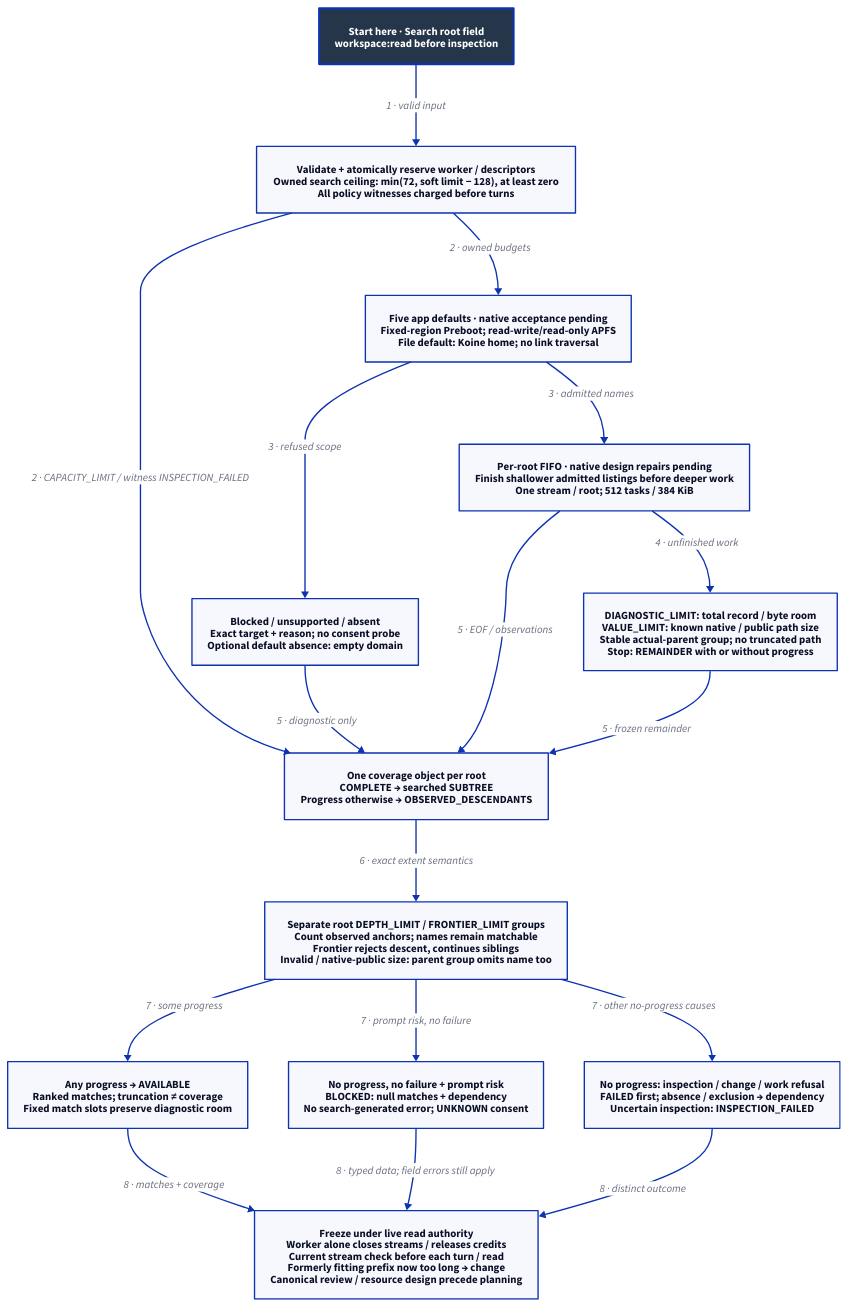
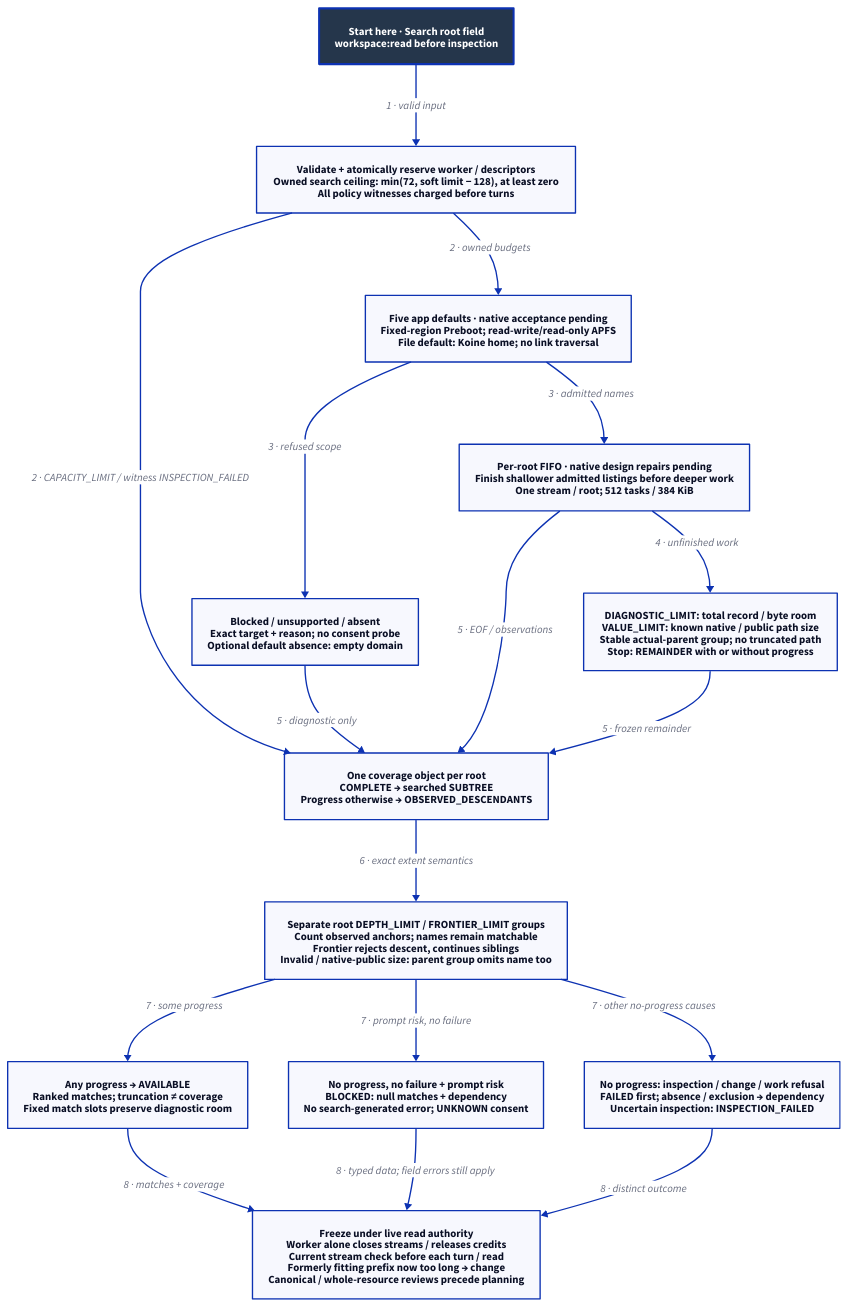
The diagram in docs/design/architecture/search-coverage.d2 (Linkuistics/Koine), drawn with D2 before and after one commit. The commit also changed 26 other files, not shown here.

```diff
--- a/docs/design/architecture/search-coverage.d2
+++ b/docs/design/architecture/search-coverage.d2
@@ -1,33 +1,33 @@
 # Designed flow; arrows show order/guards, not checked temporal guarantees.
 direction: down
 classes: {
   start: {style: {fill: "#25364B"; font-color: "#FFFFFF"; bold: true; stroke-width: 3}}
 }
 Start: "Start here · Search root field\nworkspace:read before inspection" {class: start}
 Reserve: "Validate + atomically reserve worker / descriptors\nOwned search ceiling: min(72, soft limit − 128), at least zero\nAll policy witnesses charged before turns"
 Admission: "Five app defaults · native acceptance pending\nFixed-region Preboot; read-write/read-only APFS\nFile default: Koine home; no link traversal"
 Skip: "Blocked / unsupported / absent\nExact target + reason; no consent probe\nOptional default absence: empty domain"
 Scan: "Per-root FIFO · native design repairs pending\nFinish shallower admitted listings before deeper work\nOne stream / root; 512 tasks / 384 KiB"
 Bounds: "DIAGNOSTIC_LIMIT: total record / byte room\nVALUE_LIMIT: known native / public path size\nStable actual-parent group; no truncated path\nStop: REMAINDER with or without progress"
 Coverage: "One coverage object per root\nCOMPLETE → searched SUBTREE\nProgress otherwise → OBSERVED_DESCENDANTS"
 Groups: "Separate root DEPTH_LIMIT / FRONTIER_LIMIT groups\nCount observed anchors; names remain matchable\nFrontier rejects descent, continues siblings\nInvalid / native-public size: parent group omits name too"
 Available: "Any progress → AVAILABLE\nRanked matches; truncation ≠ coverage\nFixed match slots preserve diagnostic room"
 Blocked: "No progress, no failure + prompt risk\nBLOCKED: null matches + dependency\nNo search-generated error; UNKNOWN consent"
 Other: "No progress: inspection / change / work refusal\nFAILED first; absence / exclusion → dependency\nUncertain inspection: INSPECTION_FAILED"
-Publish: "Freeze under live read authority\nWorker alone closes streams / releases credits\nCurrent stream check before each turn / read\nFormerly fitting prefix now too long → change\nCanonical review / resource design precede planning"
+Publish: "Freeze under live read authority\nWorker alone closes streams / releases credits\nCurrent stream check before each turn / read\nFormerly fitting prefix now too long → change\nCanonical / whole-resource reviews precede planning"
 Start -> Reserve: "1 · valid input"
 Reserve -> Admission: "2 · owned budgets"
 Reserve -> Coverage: "2 · CAPACITY_LIMIT / witness INSPECTION_FAILED"
 Admission -> Skip: "3 · refused scope"
 Admission -> Scan: "3 · admitted names"
 Scan -> Bounds: "4 · unfinished work"
 Skip -> Coverage: "5 · diagnostic only"
 Scan -> Coverage: "5 · EOF / observations"
 Bounds -> Coverage: "5 · frozen remainder"
 Coverage -> Groups: "6 · exact extent semantics"
 Groups -> Available: "7 · some progress"
 Groups -> Blocked: "7 · prompt risk, no failure"
 Groups -> Other: "7 · other no-progress causes"
 Available -> Publish: "8 · matches + coverage"
 Blocked -> Publish: "8 · typed data; field errors still apply"
 Other -> Publish: "8 · distinct outcome"
```
